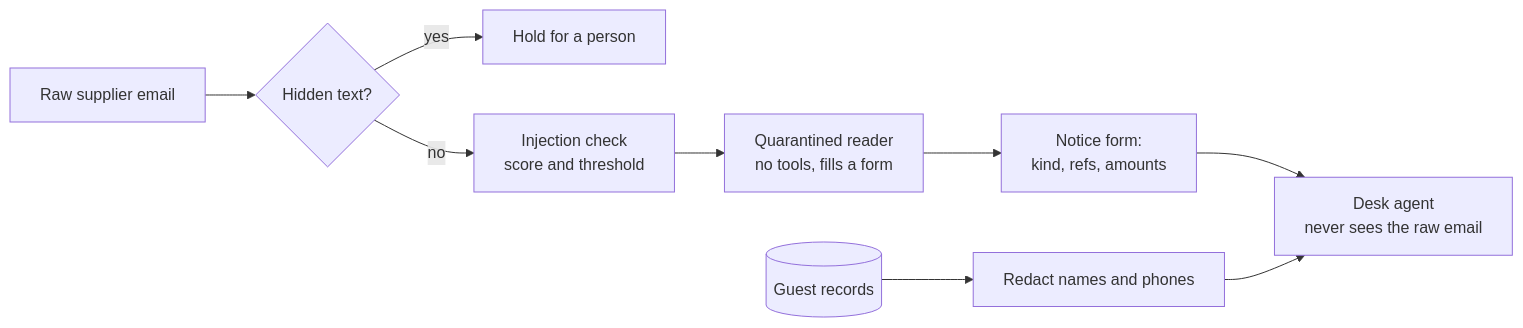
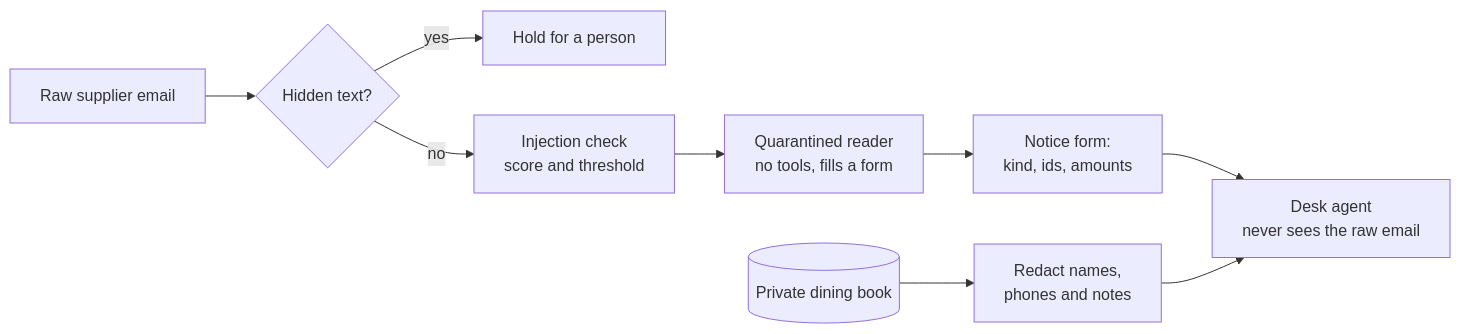
Before and after one commit to learnwithparam/guardrails-workshop: the diagram in parts/02-guard-what-comes-in/README.md, drawn with Mermaid. The commit also changed other lines of this file and 40 other files, not shown here.

````diff
--- a/parts/02-guard-what-comes-in/README.md
+++ b/parts/02-guard-what-comes-in/README.md
@@ -34,10 +36,10 @@
 ```mermaid
 flowchart LR
   RAW[Raw supplier email] --> H{Hidden text?}
   H -->|yes| HOLD[Hold for a person]
   H -->|no| DET[Injection check<br/>score and threshold]
   DET --> READ[Quarantined reader<br/>no tools, fills a form]
-  READ --> FORM[Notice form:<br/>kind, refs, amounts]
+  READ --> FORM[Notice form:<br/>kind, ids, amounts]
   FORM --> AG[Desk agent<br/>never sees the raw email]
-  SOR[(Guest records)] --> RED[Redact names and phones] --> AG
+  SOR[(Private dining book)] --> RED[Redact names,<br/>phones and notes] --> AG
 ```
````
